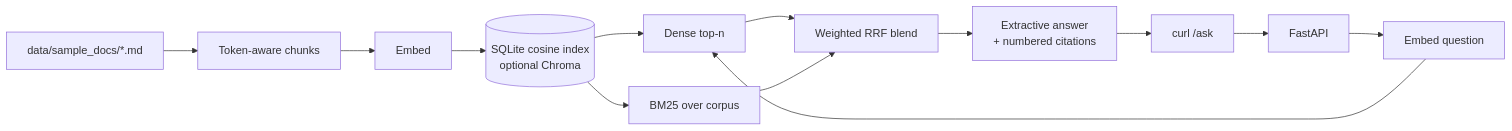
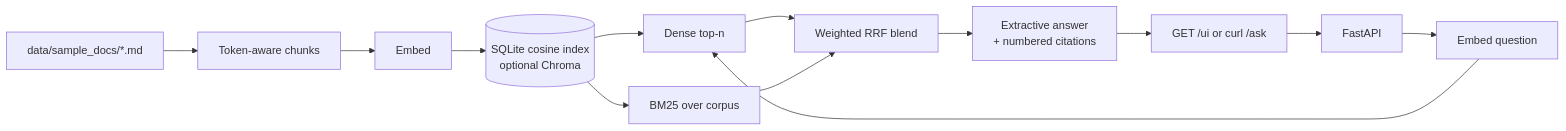
Before and after one commit to Birra3324/company-rag-assistant: the diagram in README.md, drawn with Mermaid. The commit also changed other lines of this file and 18 other files, not shown here.

````diff
--- a/README.md
+++ b/README.md
@@ -52,15 +60,15 @@
 ```mermaid
 flowchart LR
   Docs["data/sample_docs/*.md"] --> Chunk["Token-aware chunks"]
   Chunk --> Embed["Embed"]
   Embed --> Store[("SQLite cosine index\noptional Chroma")]
-  User["curl /ask"] --> API[FastAPI]
+  User["GET /ui or curl /ask"] --> API[FastAPI]
   API --> EmbedQ["Embed question"]
   EmbedQ --> Dense["Dense top-n"]
   Store --> Dense
   Store --> BM25["BM25 over corpus"]
   Dense --> Fuse["Weighted RRF blend"]
   BM25 --> Fuse
   Fuse --> Gen["Extractive answer\n+ numbered citations"]
   Gen --> User
 ```
````
